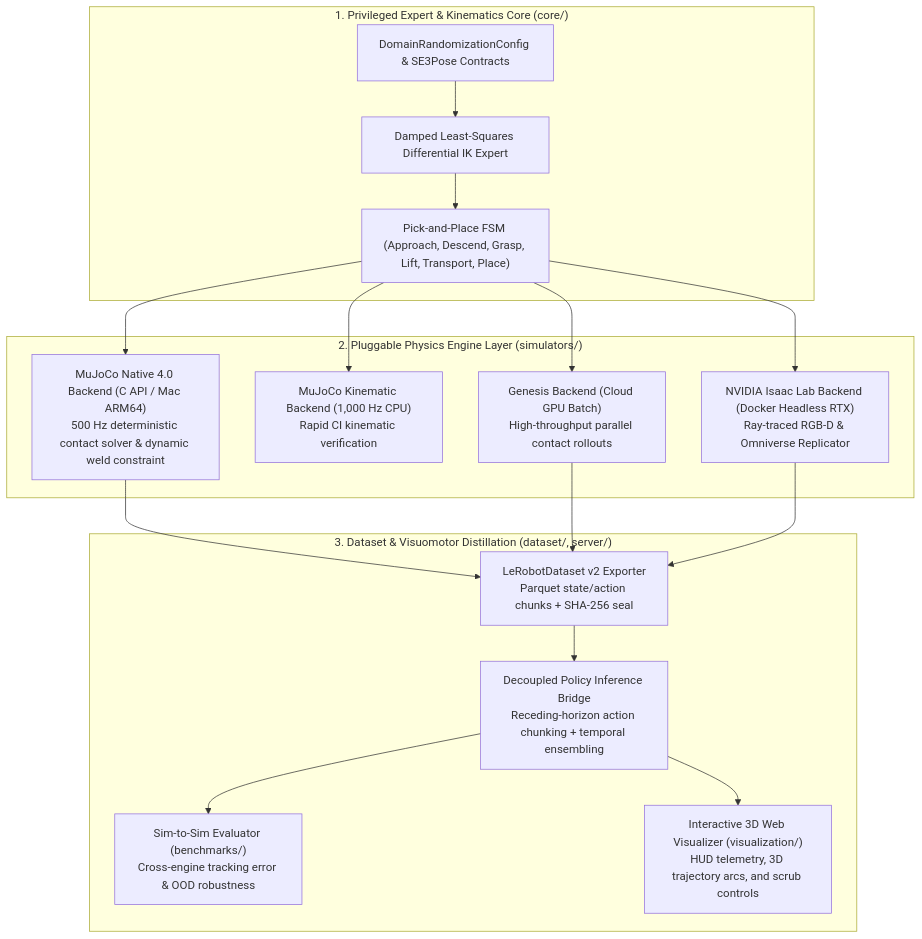
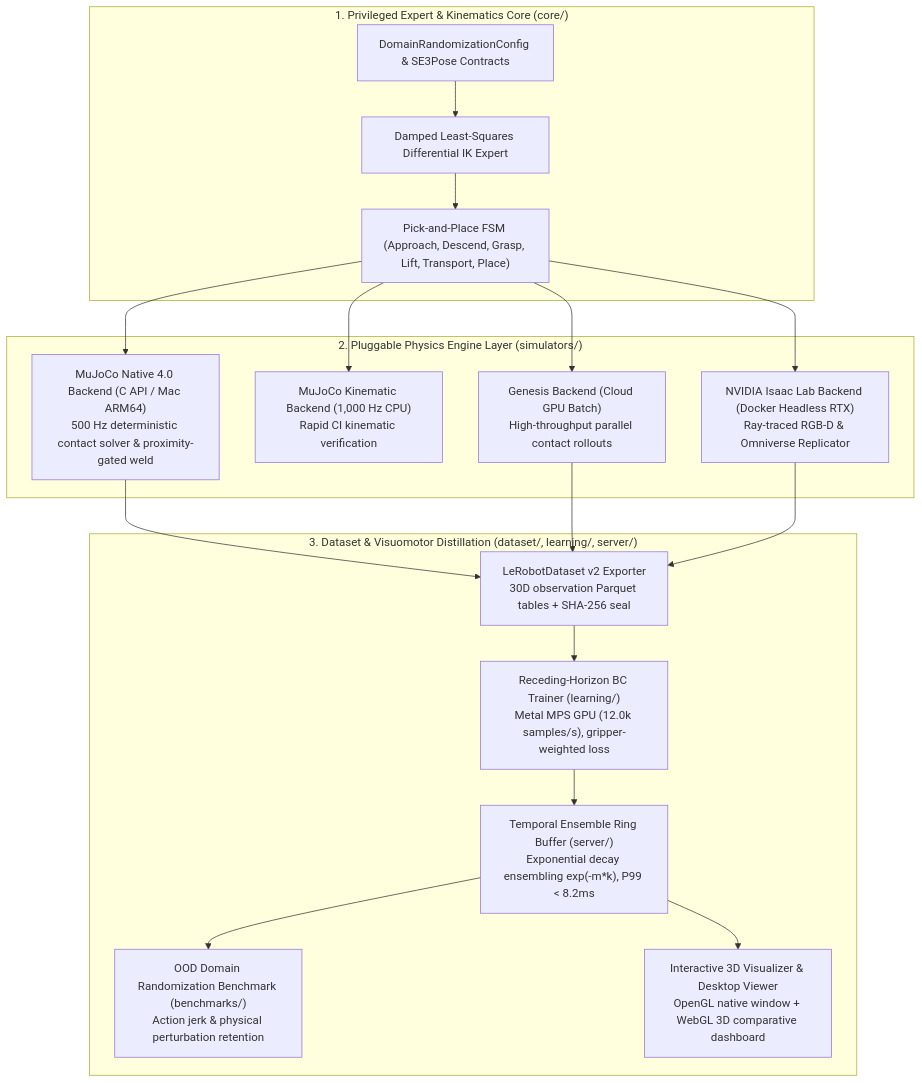
The diagram in README.md (LeanoA/sim2real-data-engine), drawn with Mermaid before and after one commit. The commit also changed other lines of this file, not shown here.

Commit message:
docs(readme): add 30-second quickstart for 3d simulations and webgl dashboard

````diff
--- a/README.md
+++ b/README.md
@@ -25,25 +80,26 @@
 ```mermaid
 flowchart TD
     subgraph Core["1. Privileged Expert & Kinematics Core (core/)"]
         CFG["DomainRandomizationConfig & SE3Pose Contracts"]
         IK["Damped Least-Squares Differential IK Expert"]
         FSM["Pick-and-Place FSM (Approach, Descend, Grasp, Lift, Transport, Place)"]
         CFG --> IK --> FSM
     end
 
     subgraph Backends["2. Pluggable Physics Engine Layer (simulators/)"]
-        MUJ_NAT["MuJoCo Native 4.0 Backend (C API / Mac ARM64)<br/>500 Hz deterministic contact solver & dynamic weld constraint"]
+        MUJ_NAT["MuJoCo Native 4.0 Backend (C API / Mac ARM64)<br/>500 Hz deterministic contact solver & proximity-gated weld"]
         MUJ_KIN["MuJoCo Kinematic Backend (1,000 Hz CPU)<br/>Rapid CI kinematic verification"]
         GEN["Genesis Backend (Cloud GPU Batch)<br/>High-throughput parallel contact rollouts"]
         ISA["NVIDIA Isaac Lab Backend (Docker Headless RTX)<br/>Ray-traced RGB-D & Omniverse Replicator"]
         FSM --> MUJ_NAT & MUJ_KIN & GEN & ISA
     end
 
-    subgraph Pipeline["3. Dataset & Visuomotor Distillation (dataset/, server/)"]
-        LER["LeRobotDataset v2 Exporter<br/>Parquet state/action chunks + SHA-256 seal"]
-        SRV["Decoupled Policy Inference Bridge<br/>Receding-horizon action chunking + temporal ensembling"]
-        S2S["Sim-to-Sim Evaluator (benchmarks/)<br/>Cross-engine tracking error & OOD robustness"]
-        VIS["Interactive 3D Web Visualizer (visualization/)<br/>HUD telemetry, 3D trajectory arcs, and scrub controls"]
-        MUJ_NAT & GEN & ISA --> LER --> SRV --> S2S & VIS
+    subgraph Pipeline["3. Dataset & Visuomotor Distillation (dataset/, learning/, server/)"]
+        LER["LeRobotDataset v2 Exporter<br/>30D observation Parquet tables + SHA-256 seal"]
+        TRN["Receding-Horizon BC Trainer (learning/)<br/>Metal MPS GPU (12.0k samples/s), gripper-weighted loss"]
+        SRV["Temporal Ensemble Ring Buffer (server/)<br/>Exponential decay ensembling exp(-m*k), P99 < 8.2ms"]
+        OOD["OOD Domain Randomization Benchmark (benchmarks/)<br/>Action jerk & physical perturbation retention"]
+        VIS["Interactive 3D Visualizer & Desktop Viewer<br/>OpenGL native window + WebGL 3D comparative dashboard"]
+        MUJ_NAT & GEN & ISA --> LER --> TRN --> SRV --> OOD & VIS
     end
 ```
````
